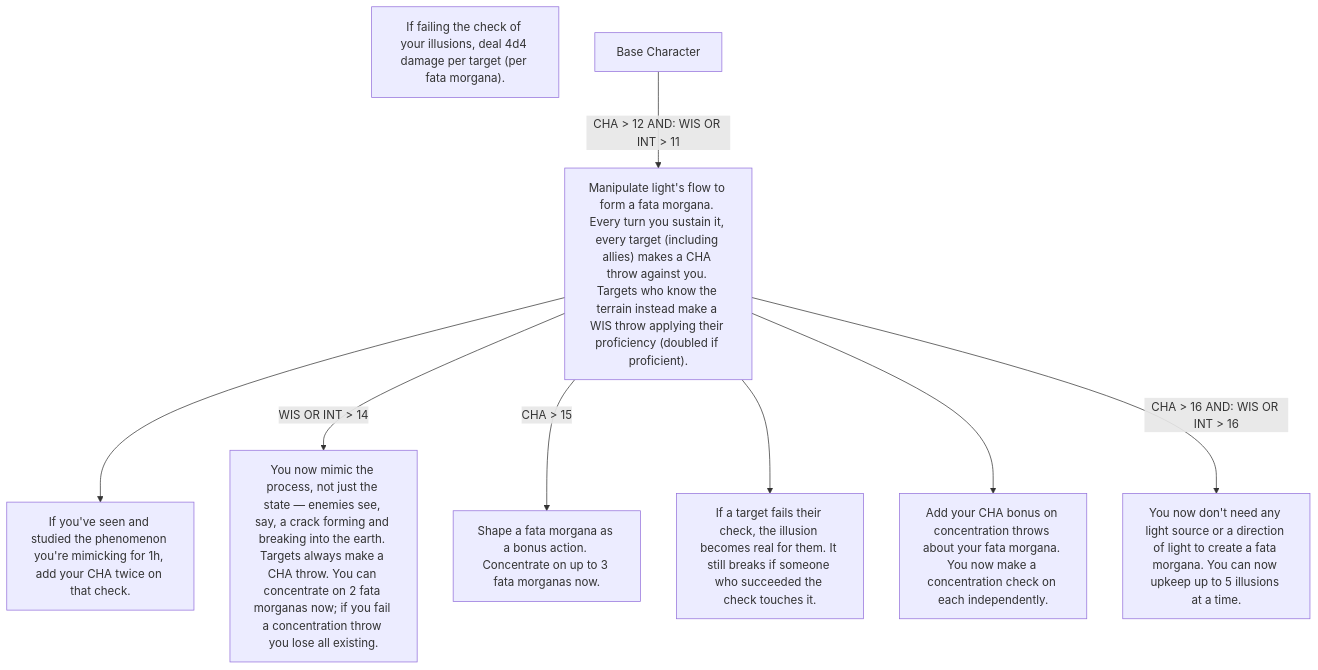
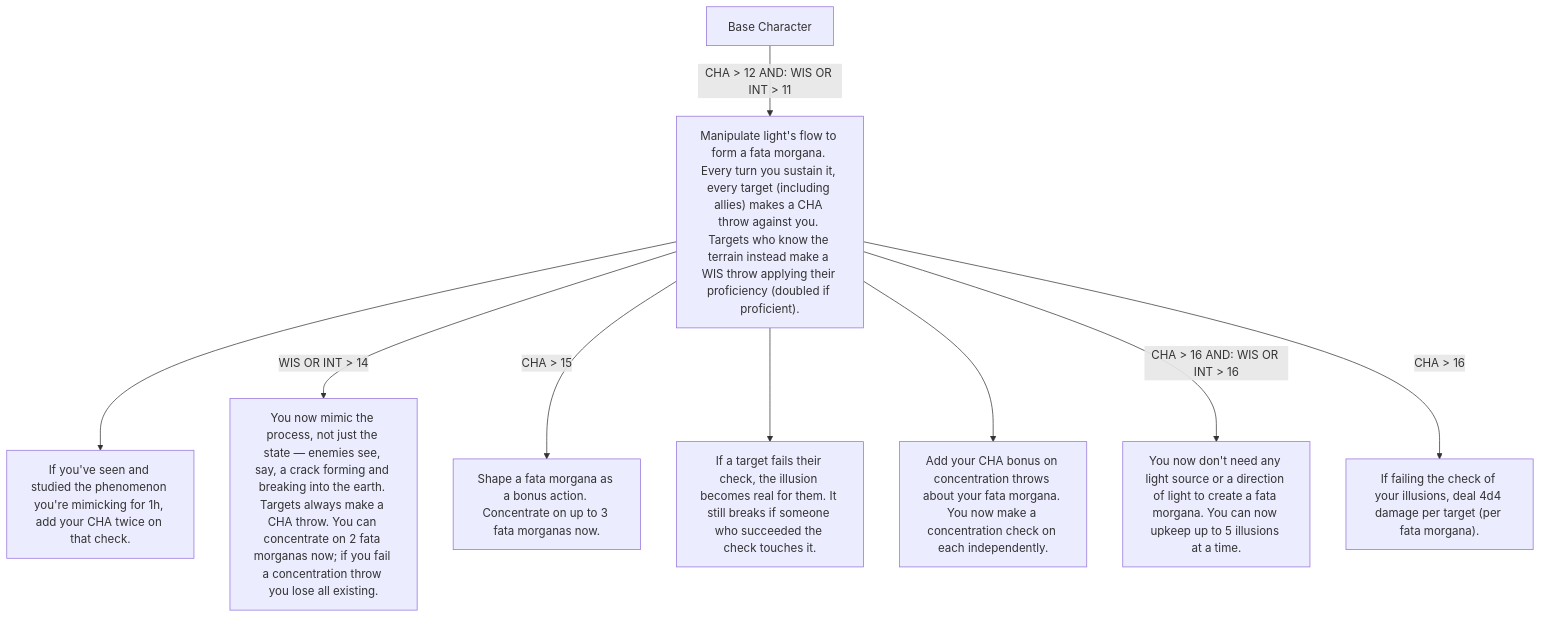
One commit to WiIdNeo/DnD changed diagram 19 of 28 in Classes and Races/Classes/Class-Handbook.md. Above: the diagram before and after it, drawn with Mermaid. The commit also changed other lines of this file, not shown here.

````diff
--- a/Classes and Races/Classes/Class-Handbook.md
+++ b/Classes and Races/Classes/Class-Handbook.md
@@ -517,22 +518,23 @@
 ```mermaid
 flowchart TD
 
 A[Base Character]
 
 1["Manipulate light's flow to form a fata morgana. Every turn you sustain it, every target (including allies) makes a CHA throw against you. Targets who know the terrain instead make a WIS throw applying their proficiency (doubled if proficient)."]
 2["If you've seen and studied the phenomenon you're mimicking for 1h, add your CHA twice on that check."]
 3["You now mimic the process, not just the state — enemies see, say, a crack forming and breaking into the earth. Targets always make a CHA throw. You can concentrate on 2 fata morganas now; if you fail a concentration throw you lose all existing."]
 4["If a target fails their check, the illusion becomes real for them. It still breaks if someone who succeeded the check touches it."]
 5["Shape a fata morgana as a bonus action. Concentrate on up to 3 fata morganas now."]
 6["Add your CHA bonus on concentration throws about your fata morgana. You now make a concentration check on each independently."]
 7["If failing the check of your illusions, deal 4d4 damage per target (per fata morgana)."]
 8["You now don't need any light source or a direction of light to create a fata morgana. You can now upkeep up to 5 illusions at a time."]
 
 A -->|CHA > 12 AND: WIS OR INT > 11|1
 1 --> 2
 1 --> |WIS OR INT > 14|3
 1 --> |CHA > 15|5
 1 --> 4
 1 --> 6
 1 --> |CHA > 16 AND: WIS OR INT > 16|8
+1 --> |CHA > 16|7
 ```
````
